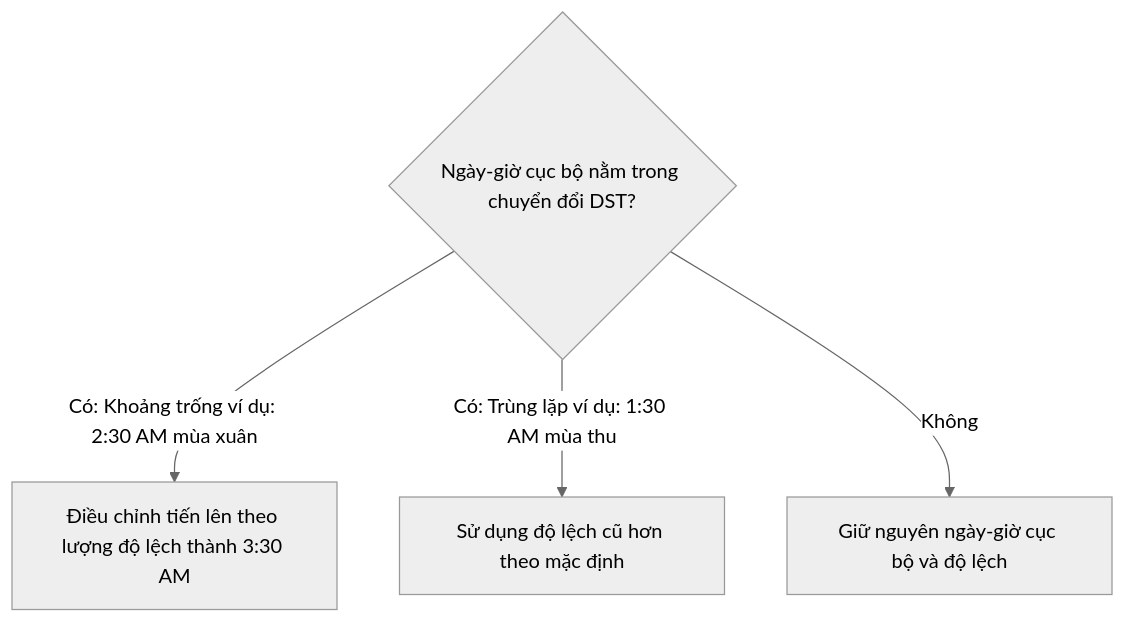
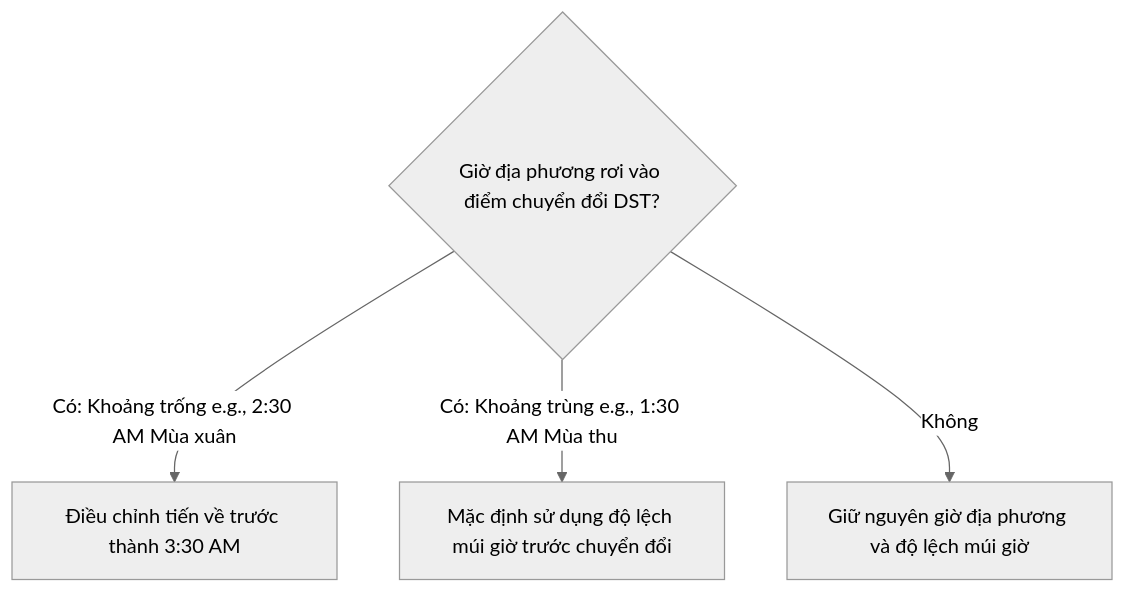
One commit to PhuThien2005/theoretical-of-java-core changed the second of 2 diagrams in vi/25-date-time-api/theory/02-period-concepts.md. Above: the diagram before and after it, drawn with Mermaid (neutral theme). The commit also changed other lines of this file and 229 other files, not shown here.

````diff
--- a/vi/25-date-time-api/theory/02-period-concepts.md
+++ b/vi/25-date-time-api/theory/02-period-concepts.md
@@ -208,7 +192,7 @@
 ```mermaid
 flowchart TD
-    Q{Ngày-giờ cục bộ nằm trong chuyển đổi DST?}
-    Q -->|Có: Khoảng trống ví dụ: 2:30 AM mùa xuân| Gap[Điều chỉnh tiến lên theo lượng độ lệch thành 3:30 AM]
-    Q -->|Có: Trùng lặp ví dụ: 1:30 AM mùa thu| Overlap[Sử dụng độ lệch cũ hơn theo mặc định]
-    Q -->|Không| Normal[Giữ nguyên ngày-giờ cục bộ và độ lệch]
+    Q{Giờ địa phương rơi vào điểm chuyển đổi DST?}
+    Q -->|Có: Khoảng trống e.g., 2:30 AM Mùa xuân| Gap[Điều chỉnh tiến về trước thành 3:30 AM]
+    Q -->|Có: Khoảng trùng e.g., 1:30 AM Mùa thu| Overlap[Mặc định sử dụng độ lệch múi giờ trước chuyển đổi]
+    Q -->|Không| Normal[Giữ nguyên giờ địa phương và độ lệch múi giờ]
 ```
````
